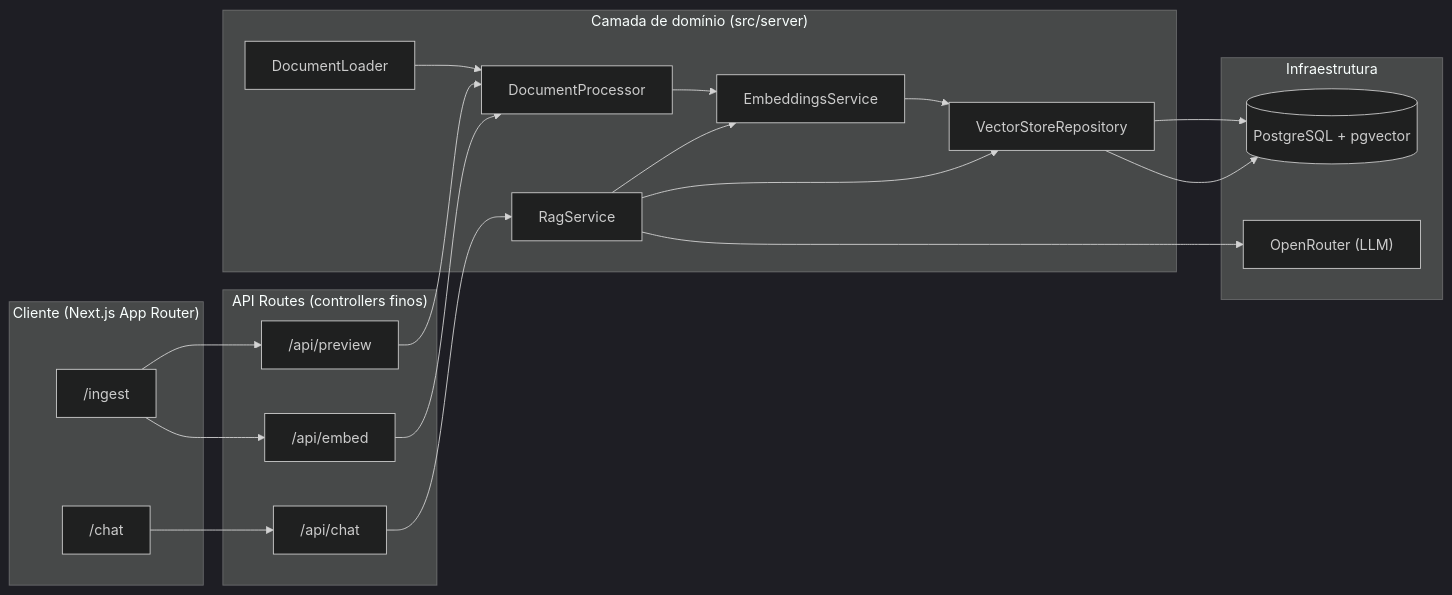
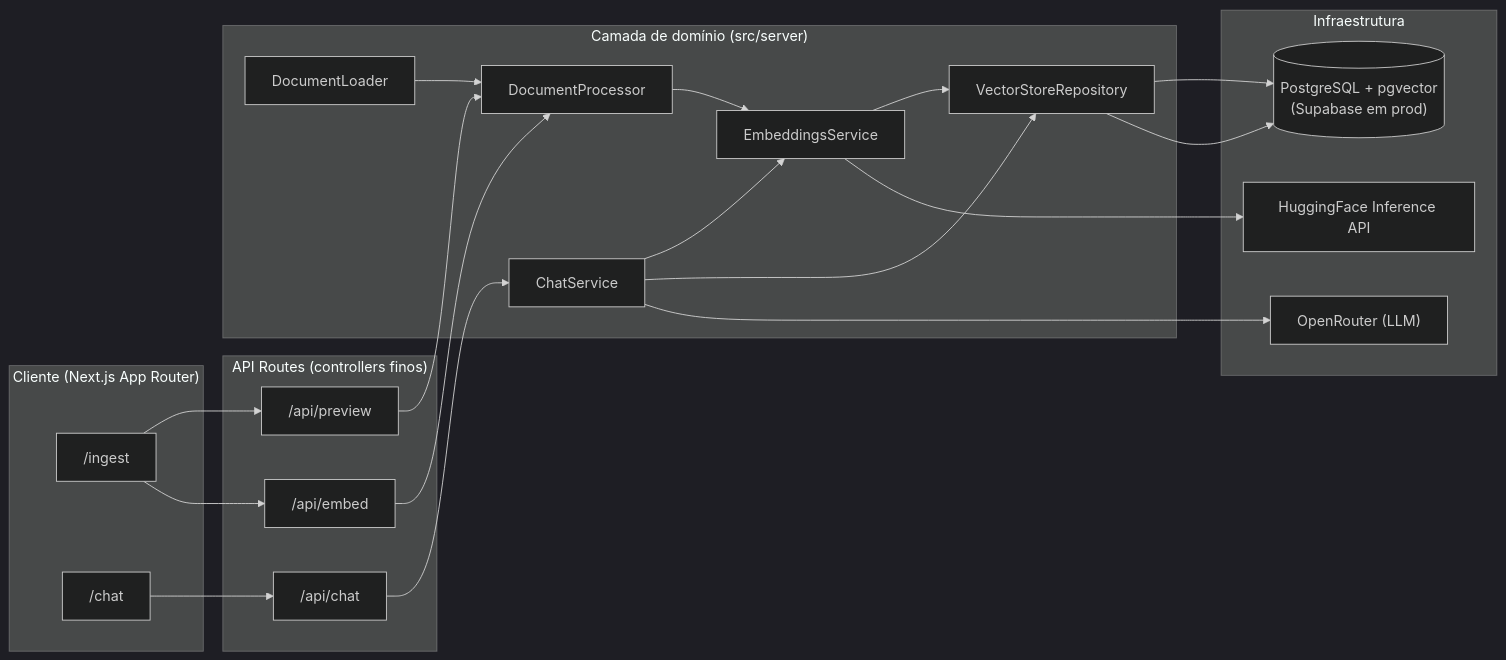
One commit to cristiangiehl1/langchain-rag-document-extraction changed the diagram in README.md. Above: the diagram before and after it, drawn with Mermaid (dark theme). The commit also changed other lines of this file and 15 other files, not shown here.

````diff
--- a/README.md
+++ b/README.md
@@ -50,34 +52,36 @@
 ```mermaid
 flowchart LR
     subgraph Client["Cliente (Next.js App Router)"]
         UI_I["/ingest"]
         UI_C["/chat"]
     end
 
     subgraph API["API Routes (controllers finos)"]
         R1["/api/preview"]
         R2["/api/embed"]
         R3["/api/chat"]
     end
 
     subgraph Domain["Camada de domínio (src/server)"]
         DL["DocumentLoader"]
         DP["DocumentProcessor"]
         ES["EmbeddingsService"]
         VR["VectorStoreRepository"]
-        RS["RagService"]
+        CS["ChatService"]
     end
 
     subgraph Infra["Infraestrutura"]
-        PG[("PostgreSQL + pgvector")]
+        PG[("PostgreSQL + pgvector<br/>(Supabase em prod)")]
+        HF["HuggingFace Inference API"]
         LLM["OpenRouter (LLM)"]
     end
 
     UI_I --> R1 --> DP
     UI_I --> R2 --> DP --> ES --> VR --> PG
-    UI_C --> R3 --> RS
-    RS --> ES
-    RS --> VR --> PG
-    RS --> LLM
+    ES --> HF
+    UI_C --> R3 --> CS
+    CS --> ES
+    CS --> VR --> PG
+    CS --> LLM
     DL --> DP
 ```
````
